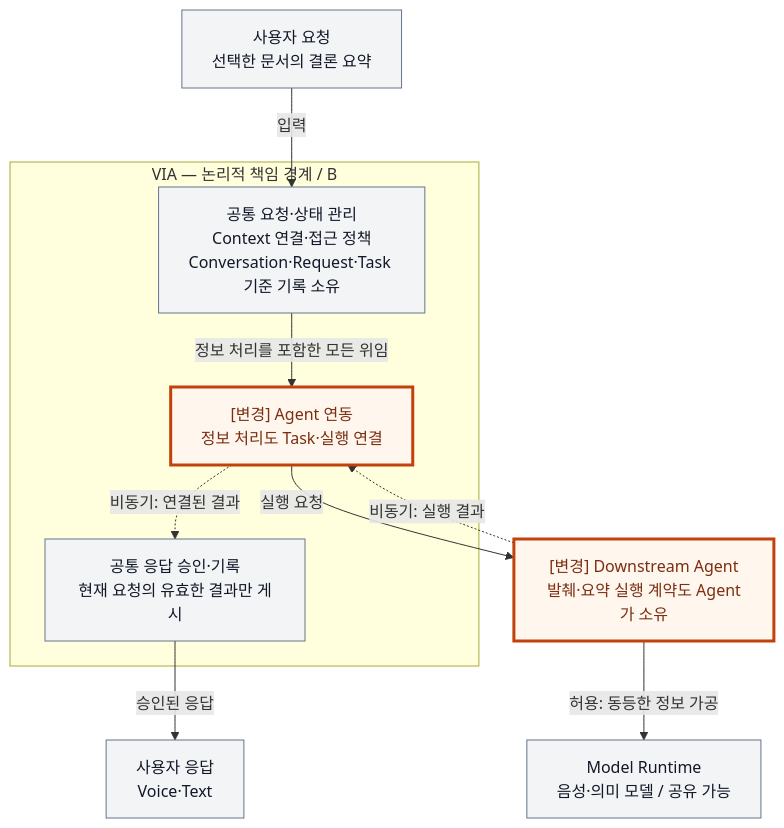
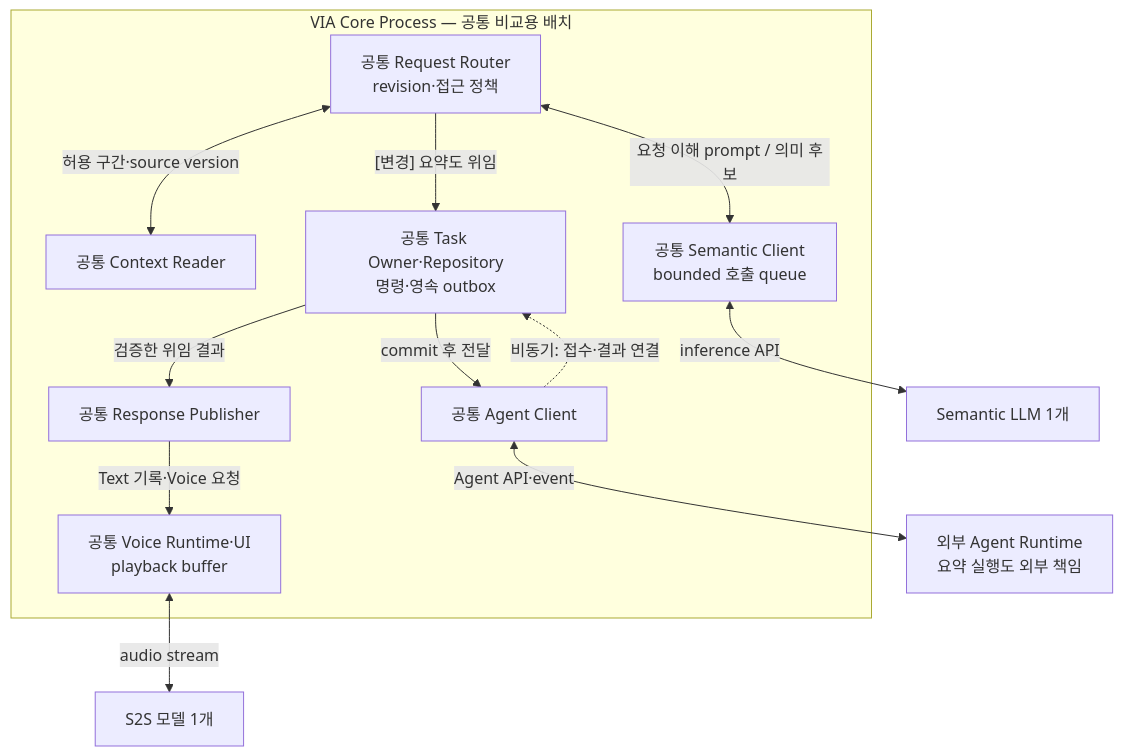
The third of 3 diagrams in docs/architecture/12-decisions/via-dp-01-direct-handling.md (cbyche/via-sw-architecture), drawn with Mermaid before and after one commit. The commit also changed other lines of this file and 59 other files, not shown here.

Commit message:
docs: consolidate comprehensive VIA decision inventory and implementation diagrams

````diff
--- a/docs/architecture/12-decisions/via-dp-01-direct-handling.md
+++ b/docs/architecture/12-decisions/via-dp-01-direct-handling.md
@@ -136,23 +141,15 @@
 ```mermaid
 flowchart TB
-    U["사용자 요청<br/>선택한 문서의 결론 요약"]
-    subgraph VIA["VIA — 논리적 책임 경계 / B"]
-        C["공통 요청·상태 관리<br/>Context 연결·접근 정책<br/>Conversation·Request·Task 기준 기록 소유"]
-        J["[변경] Agent 연동<br/>정보 처리도 Task·실행 연결"]
-        P["공통 응답 승인·기록<br/>현재 요청의 유효한 결과만 게시"]
-        C -->|"정보 처리를 포함한 모든 위임"| J
-        J -.->|"비동기: 연결된 결과"| P
-    end
-    G["[변경] Downstream Agent<br/>발췌·요약 실행 계약도 Agent가 소유"]
-    M["Model Runtime<br/>음성·의미 모델 / 공유 가능"]
-    O["사용자 응답<br/>Voice·Text"]
-    U -->|"입력"| C
-    P -->|"승인된 응답"| O
-    J -->|"실행 요청"| G
-    G -.->|"비동기: 실행 결과"| J
-    G -->|"허용: 동등한 정보 가공"| M
-    classDef common fill:#F3F4F6,stroke:#64748B,color:#111827;
-    classDef changed fill:#FFF7ED,stroke:#C2410C,stroke-width:3px,color:#7C2D12;
-    class U,C,P,M,O common;
-    class J,G changed;
+ subgraph V["VIA Core Process — 공통 비교용 배치"]
+ R["공통 Request Router<br/>revision·접근 정책"] <-->|"허용 구간·source version"| C["공통 Context Reader"]
+ R <-->|"요청 이해 prompt / 의미 후보"| L["공통 Semantic Client<br/>bounded 호출 queue"]
+ R -->|"[변경] 요약도 위임"| T["공통 Task Owner·Repository<br/>명령·영속 outbox"]
+ T -->|"commit 후 전달"| X["공통 Agent Client"]
+ X -.->|"비동기: 접수·결과 연결"| T
+ T -->|"검증한 위임 결과"| P["공통 Response Publisher"]
+ P -->|"Text 기록·Voice 요청"| O["공통 Voice Runtime·UI<br/>playback buffer"]
+ end
+ L <-->|"inference API"| M["Semantic LLM 1개"]
+ O <-->|"audio stream"| S["S2S 모델 1개"]
+ X <-->|"Agent API·event"| G["외부 Agent Runtime<br/>요약 실행도 외부 책임"]
 ```
````
